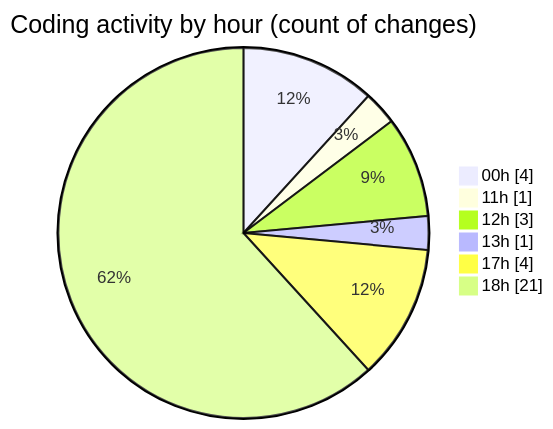
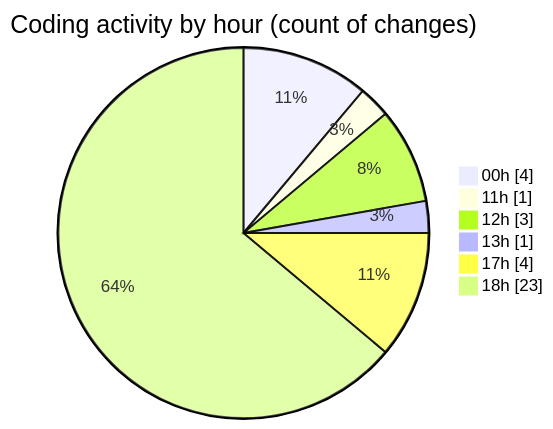
One commit to julien-gomy/code-tracking changed the second of 2 diagrams in 2025-11-19/eventscop-api-guide__workspace_/README.md. Above: the diagram before and after it, drawn with Mermaid. The commit also changed other lines of this file and 1 other file, not shown here.

````diff
--- a/2025-11-19/eventscop-api-guide__workspace_/README.md
+++ b/2025-11-19/eventscop-api-guide__workspace_/README.md
@@ -33,10 +33,10 @@
 ```mermaid
 pie showData
 title Coding activity by hour (count of changes)
 "00h" : 4
 "11h" : 1
 "12h" : 3
 "13h" : 1
 "17h" : 4
-"18h" : 21
+"18h" : 23
 ```
````
